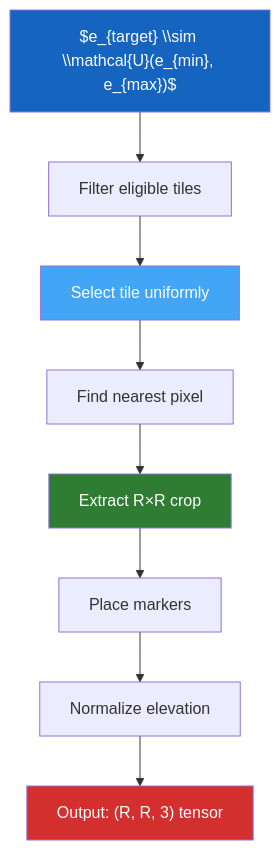
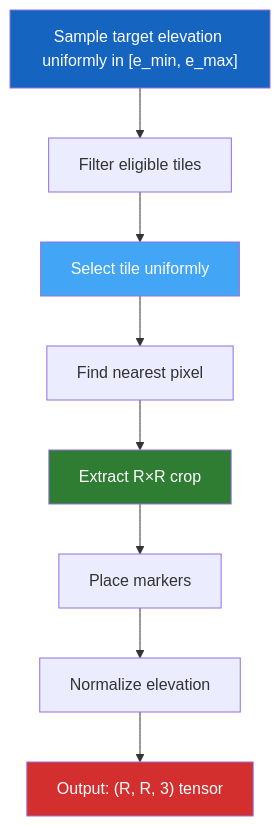
Before and after one commit to ThalesGroup/passage: the second of 2 diagrams in docs/generation/sampling.md, drawn with Mermaid. The commit also changed other lines of this file and 55 other files, not shown here.

````diff
--- a/docs/generation/sampling.md
+++ b/docs/generation/sampling.md
@@ -140,15 +139,15 @@
 ```mermaid
 flowchart TD
-    E["$e_{target} \\sim \\mathcal{U}(e_{min}, e_{max})$"] --> F[Filter eligible tiles]
+    E["Sample target elevation uniformly in [e_min, e_max]"] --> F[Filter eligible tiles]
     F --> G[Select tile uniformly]
     G --> H[Find nearest pixel]
     H --> I[Extract R×R crop]
     I --> J[Place markers]
     J --> K[Normalize elevation]
     K --> L["Output: (R, R, 3) tensor"]
 
     style E fill:#1565C0,color:#fff
     style G fill:#42A5F5,color:#fff
     style I fill:#2E7D32,color:#fff
     style L fill:#D32F2F,color:#fff
 ```
````
